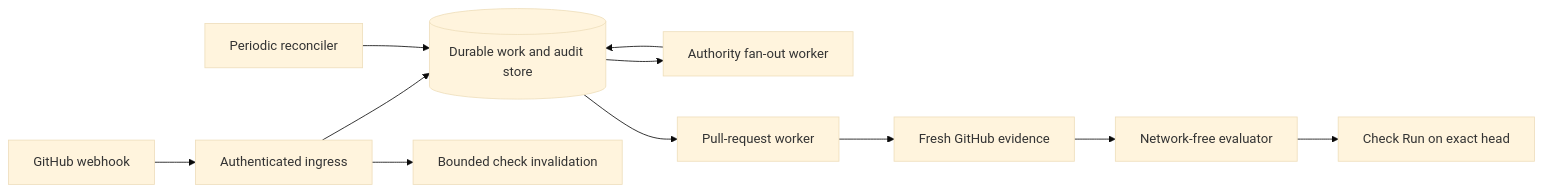
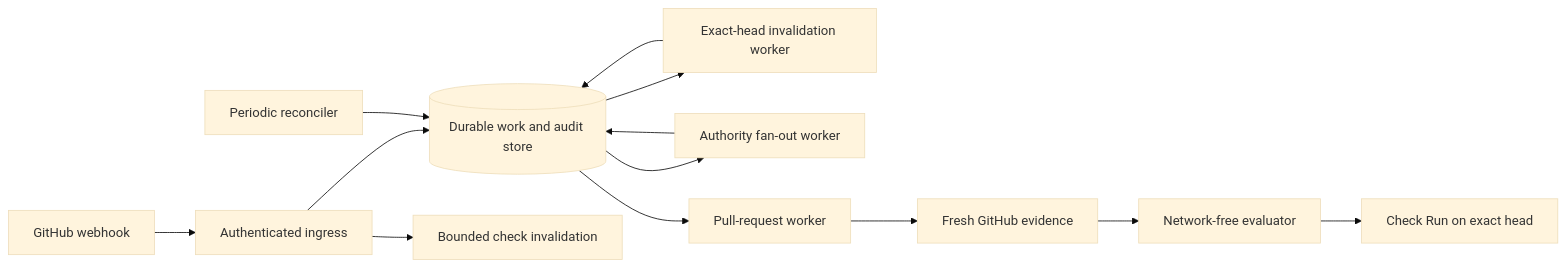
One commit to stampbot/extra-codeowners changed the first of 3 diagrams in docs/explanation/architecture.md. Above: the diagram before and after it, drawn with Mermaid (base theme). The commit also changed other lines of this file and 31 other files, not shown here.

````diff
--- a/docs/explanation/architecture.md
+++ b/docs/explanation/architecture.md
@@ -25,13 +25,15 @@
 ```mermaid
 flowchart LR
     GH[GitHub webhook] --> Ingress[Authenticated ingress]
     Ingress --> Queue[(Durable work and audit store)]
     Ingress --> Fast[Bounded check invalidation]
+    Queue --> Invalidate[Exact-head invalidation worker]
+    Invalidate --> Queue
     Queue --> Fanout[Authority fan-out worker]
     Fanout --> Queue
     Queue --> Worker[Pull-request worker]
     Reconciler[Periodic reconciler] --> Queue
     Worker --> Evidence[Fresh GitHub evidence]
     Evidence --> Evaluator[Network-free evaluator]
     Evaluator --> Check[Check Run on exact head]
 ```
````
